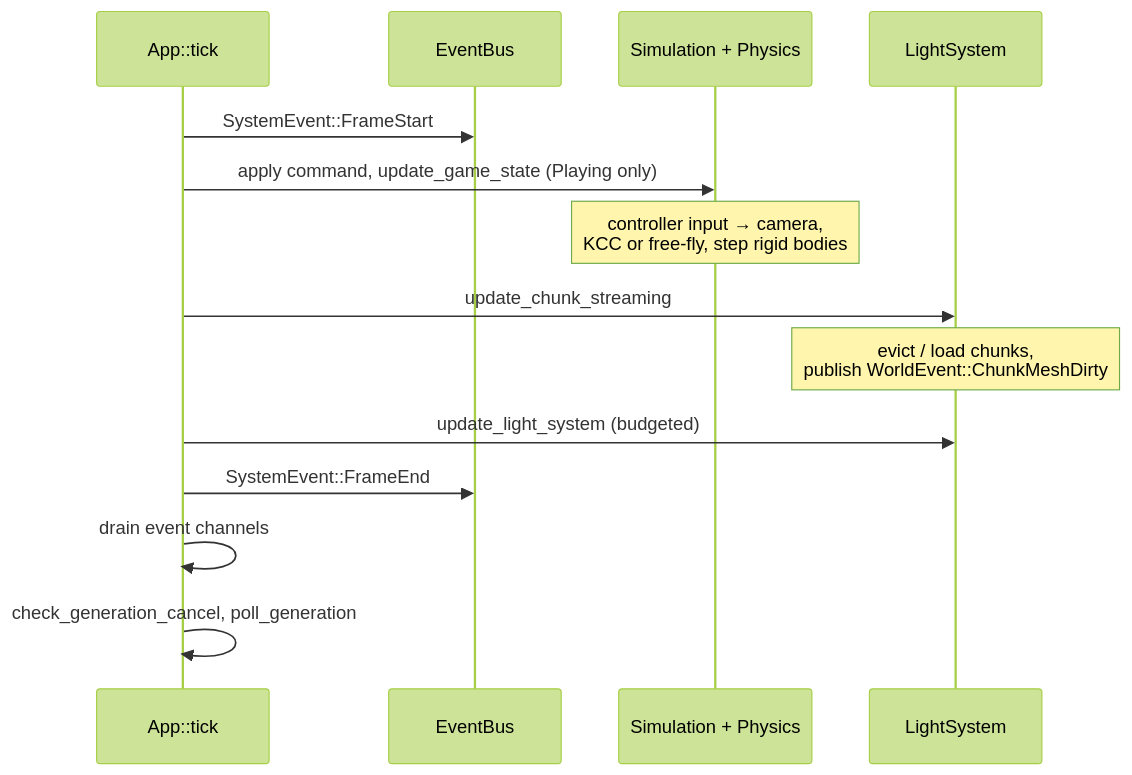
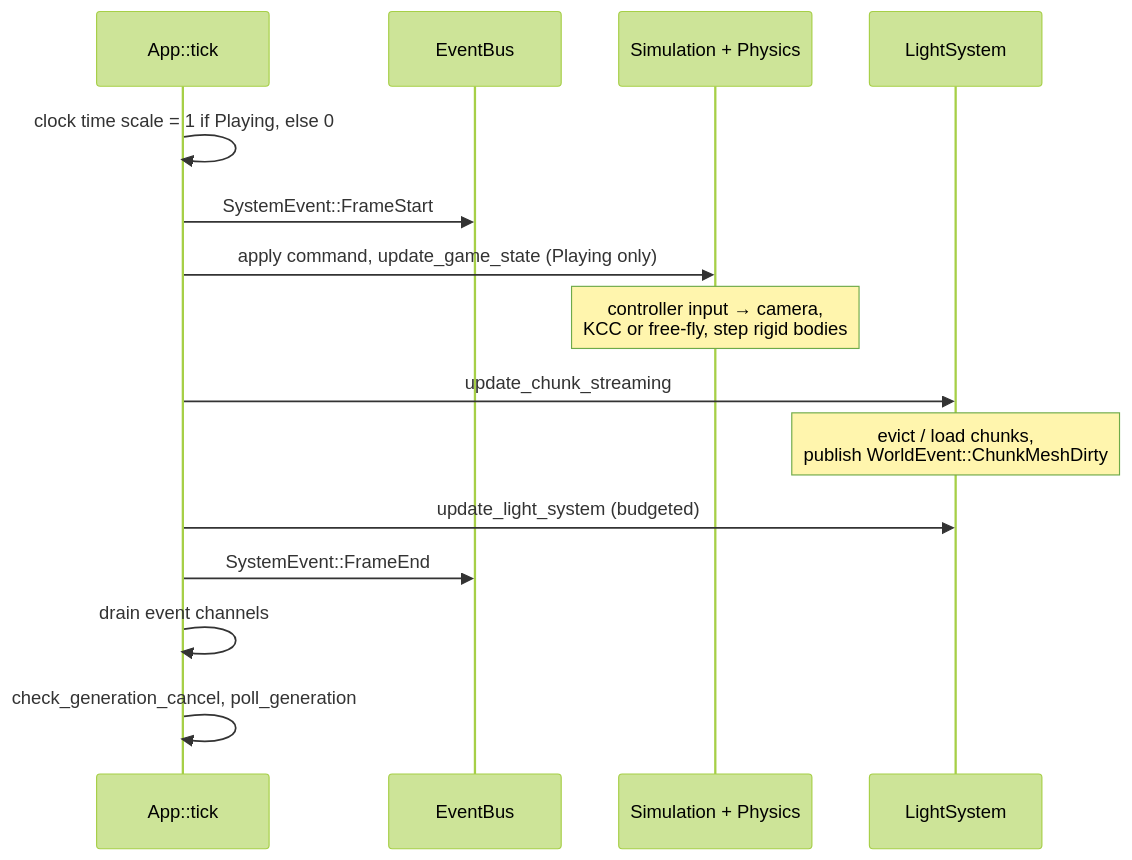
One commit to WrackedFella/moho changed the second of 2 diagrams in wiki/architecture/frame-loop.md. Above: the diagram before and after it, drawn with Mermaid (forest theme). The commit also changed other lines of this file and 17 other files, not shown here.

````diff
--- a/wiki/architecture/frame-loop.md
+++ b/wiki/architecture/frame-loop.md
@@ -43,16 +43,17 @@
 ```mermaid
 sequenceDiagram
     participant T as App::tick
     participant Bus as EventBus
     participant Sim as Simulation + Physics
     participant LS as LightSystem
+    T->>T: clock time scale = 1 if Playing, else 0
     T->>Bus: SystemEvent::FrameStart
     T->>Sim: apply command, update_game_state (Playing only)
     Note over Sim: controller input → camera,<br/>KCC or free-fly, step rigid bodies
     T->>LS: update_chunk_streaming
     Note over LS: evict / load chunks,<br/>publish WorldEvent::ChunkMeshDirty
     T->>LS: update_light_system (budgeted)
     T->>Bus: SystemEvent::FrameEnd
     T->>T: drain event channels
     T->>T: check_generation_cancel, poll_generation
 ```
````
